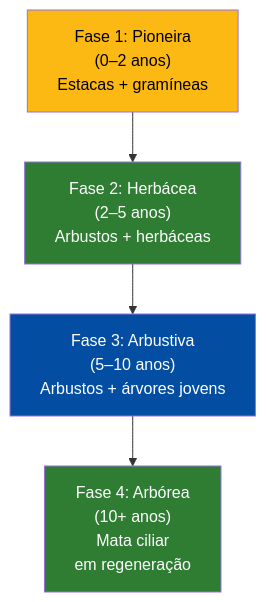
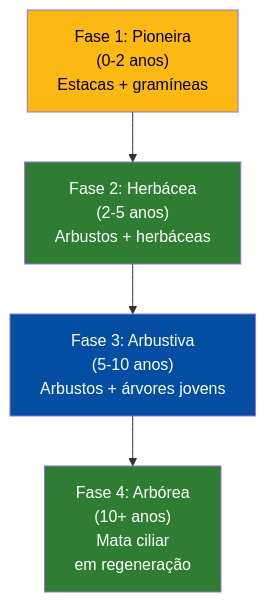
One commit to ldvsantos/cv changed the seventh of 8 diagrams in aulas/bioengenharia_de_solos/aulas/aula13_enrocamento_vegetado/aula13_enrocamento_vegetado.qmd. Above: the diagram before and after it, drawn with Mermaid. The commit also changed other lines of this file and 396 other files, not shown here.

````diff
--- a/aulas/bioengenharia_de_solos/aulas/aula13_enrocamento_vegetado/aula13_enrocamento_vegetado.qmd
+++ b/aulas/bioengenharia_de_solos/aulas/aula13_enrocamento_vegetado/aula13_enrocamento_vegetado.qmd
@@ -498,11 +498,11 @@
 ```{mermaid}
 %%| fig-width: 5
 graph TD
-    A["Fase 1: Pioneira<br>(0–2 anos)<br>Estacas + gramíneas"] --> B["Fase 2: Herbácea<br>(2–5 anos)<br>Arbustos + herbáceas"]
-    B --> C["Fase 3: Arbustiva<br>(5–10 anos)<br>Arbustos + árvores jovens"]
+    A["Fase 1: Pioneira<br>(0-2 anos)<br>Estacas + gramíneas"] --> B["Fase 2: Herbácea<br>(2-5 anos)<br>Arbustos + herbáceas"]
+    B --> C["Fase 3: Arbustiva<br>(5-10 anos)<br>Arbustos + árvores jovens"]
     C --> D["Fase 4: Arbórea<br>(10+ anos)<br>Mata ciliar<br>em regeneração"]
     style A fill:#FDB913,color:#000
     style B fill:#2E7D32,color:#fff
     style C fill:#034EA2,color:#fff
     style D fill:#2E7D32,color:#fff
 ```
````
